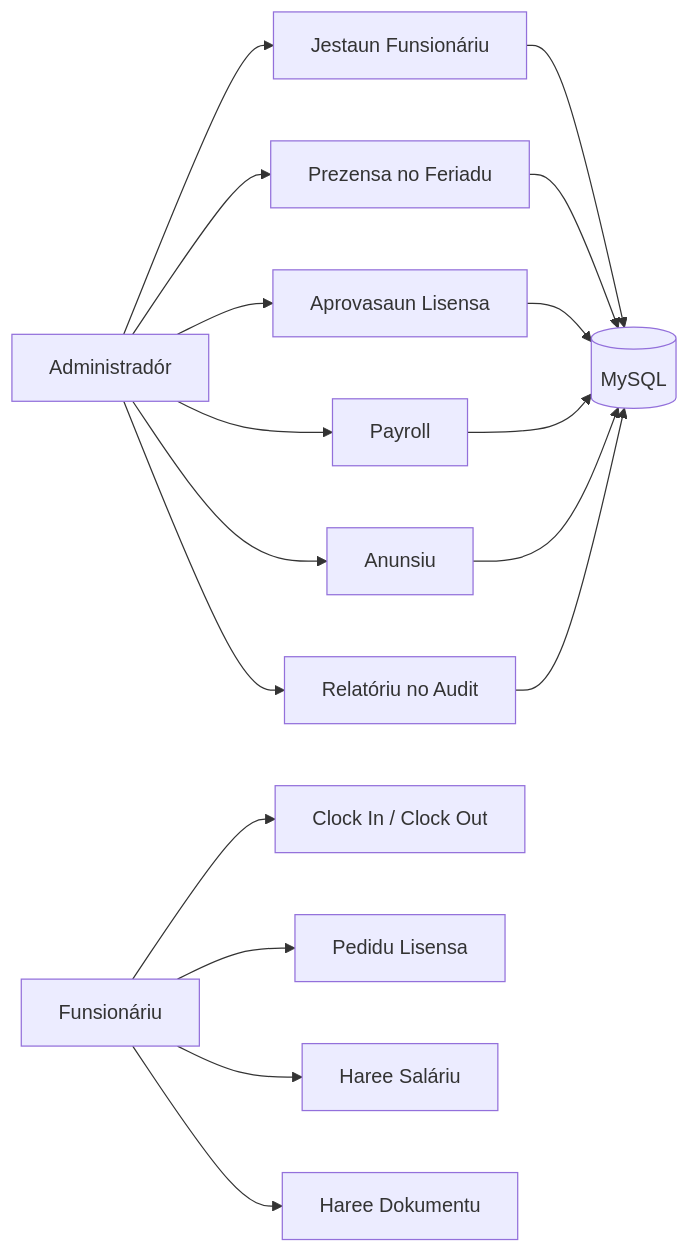
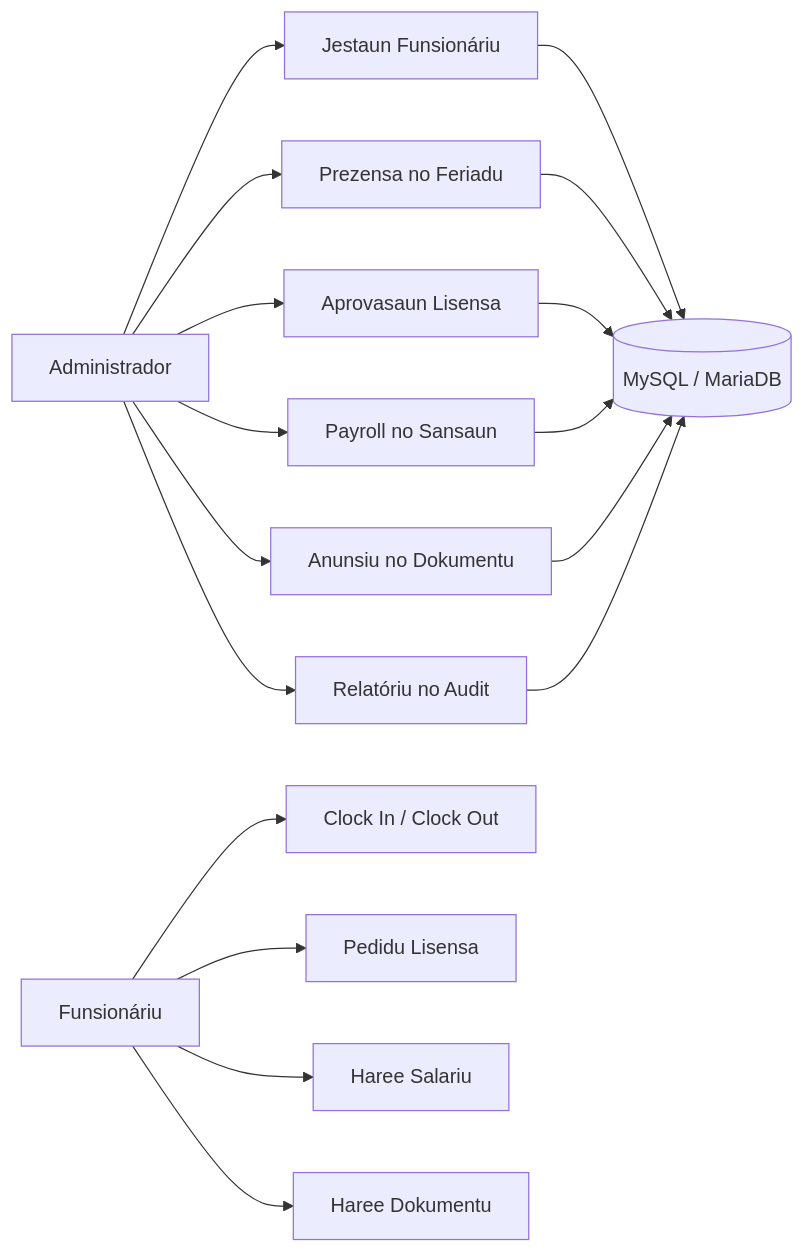
One commit to herciomoreira3/SIMAUCATAR-HRIS-Human-Resource-Information-System-CI4 changed the diagram in README.md. Above: the diagram before and after it, drawn with Mermaid. The commit also changed other lines of this file, not shown here.

````diff
--- a/README.md
+++ b/README.md
@@ -110,19 +114,19 @@
 ```mermaid
 flowchart LR
-    A[Administradór] --> B[Jestaun Funsionáriu]
-    A --> C[Prezensa no Feriadu]
-    A --> D[Aprovasaun Lisensa]
-    A --> E[Payroll]
-    A --> F[Anunsiu]
-    A --> G[Relatóriu no Audit]
-    H[Funsionáriu] --> I[Clock In / Clock Out]
-    H --> J[Pedidu Lisensa]
-    H --> K[Haree Saláriu]
-    H --> L[Haree Dokumentu]
-    B --> M[(MySQL)]
+    A["Administrador"] --> B["Jestaun Funsionáriu"]
+    A --> C["Prezensa no Feriadu"]
+    A --> D["Aprovasaun Lisensa"]
+    A --> E["Payroll no Sansaun"]
+    A --> F["Anunsiu no Dokumentu"]
+    A --> G["Relatóriu no Audit"]
+    H["Funsionáriu"] --> I["Clock In / Clock Out"]
+    H --> J["Pedidu Lisensa"]
+    H --> K["Haree Salariu"]
+    H --> L["Haree Dokumentu"]
+    B --> M[("MySQL / MariaDB")]
     C --> M
     D --> M
     E --> M
     F --> M
     G --> M
 ```
````
